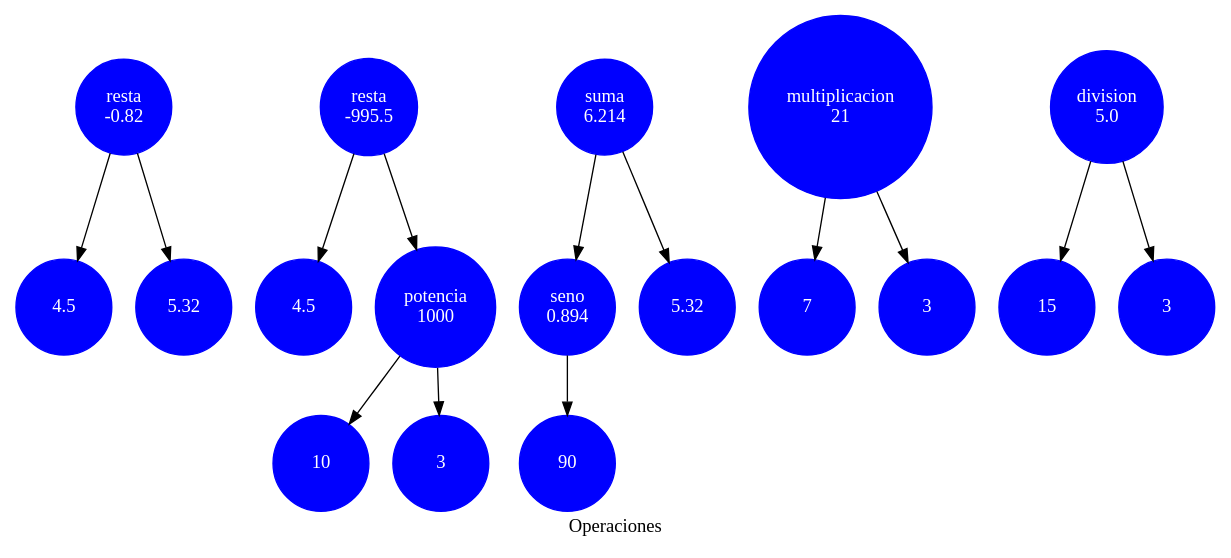
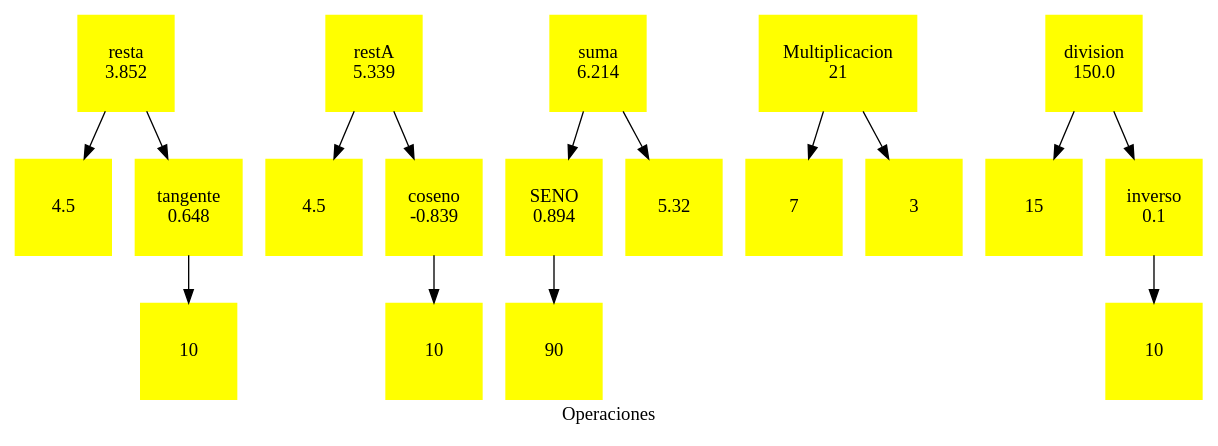
The diagram in bb.dot (helenrodas/LFP_S2_2023_Proyecto1_202200066), drawn with Graphviz before and after one commit. The commit also changed 9 other files, not shown here.

```diff
--- a/bb.dot
+++ b/bb.dot
@@ -1,36 +1,38 @@
 digraph G {
                     label=" Operaciones"
                     rankdir="TB"
-                    node[style=filled, color=" blue", fontcolor=" white", shape=circle, width=1.0, height=1.0]nodo00[label="resta\n-0.82"];
+                    node[style=filled, color=" yellow", fontcolor=" black", shape=box, width=1.0, height=1.0]nodo00[label="resta\n3.852"];
 nodo01_left[label="4.5"];
 nodo00 -> nodo01_left;
-nodo01_right[label="5.32"];
+nodo01_right[label="tangente\n0.648"];
+nodo02_right_tri[label="10"];
+nodo01_right -> nodo02_right_tri;
 nodo00 -> nodo01_right;
-nodo10[label="resta\n-995.5"];
+nodo10[label="restA\n5.339"];
 nodo11_left[label="4.5"];
 nodo10 -> nodo11_left;
-nodo11_right[label="potencia\n1000"];
-nodo12_right_left[label="10"];
-nodo11_right -> nodo12_right_left;
-nodo12_right_right[label="3"];
-nodo11_right -> nodo12_right_right;
+nodo11_right[label="coseno\n-0.839"];
+nodo12_right_tri[label="10"];
+nodo11_right -> nodo12_right_tri;
 nodo10 -> nodo11_right;
 nodo20[label="suma\n6.214"];
-nodo21_left[label="seno\n0.894"];
+nodo21_left[label="SENO\n0.894"];
 nodo22_left_tri[label="90"];
 nodo21_left -> nodo22_left_tri;
 nodo20 -> nodo21_left;
 nodo21_right[label="5.32"];
 nodo20 -> nodo21_right;
-nodo30[label="multiplicacion\n21"];
+nodo30[label="Multiplicacion\n21"];
 nodo31_left[label="7"];
 nodo30 -> nodo31_left;
 nodo31_right[label="3"];
 nodo30 -> nodo31_right;
-nodo40[label="division\n5.0"];
+nodo40[label="division\n150.0"];
 nodo41_left[label="15"];
 nodo40 -> nodo41_left;
-nodo41_right[label="3"];
+nodo41_right[label="inverso\n0.1"];
+nodo42_right_tri[label="10"];
+nodo41_right -> nodo42_right_tri;
 nodo40 -> nodo41_right;
 
 }
```
